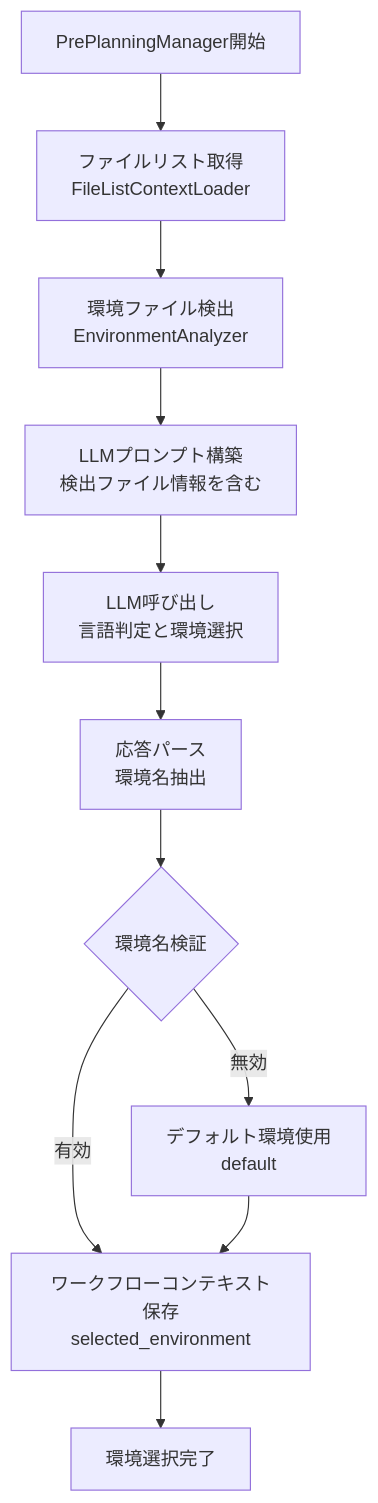
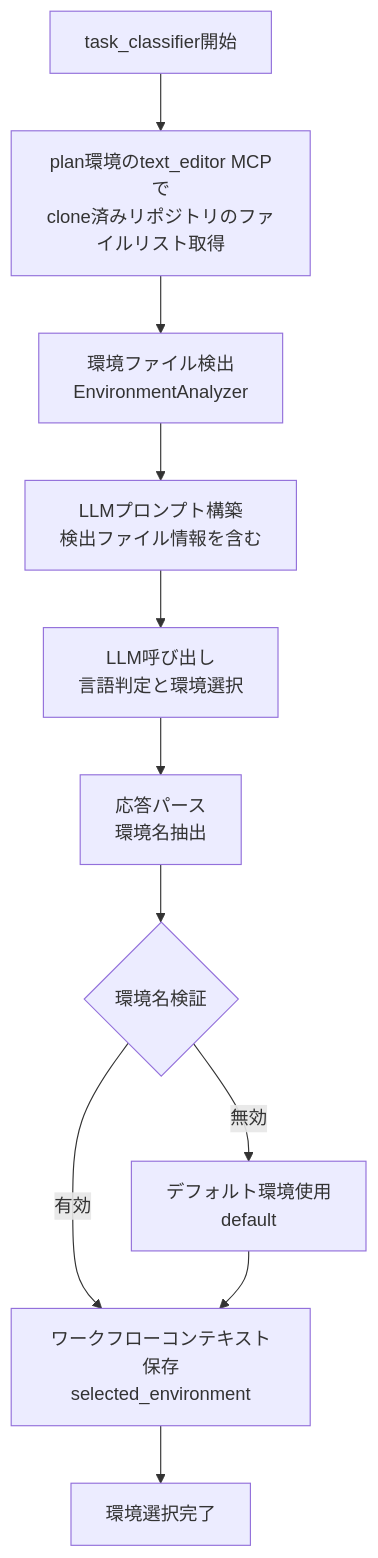
Before and after one commit to notfolder/AutomataCodex: the second of 7 diagrams in docs/STANDARD_MR_PROCESSING_FLOW.md, drawn with Mermaid. The commit also changed other lines of this file and 6 other files, not shown here.

First line of the commit message:
Refactor MR processing flow and environment setup

````diff
--- a/docs/STANDARD_MR_PROCESSING_FLOW.md
+++ b/docs/STANDARD_MR_PROCESSING_FLOW.md
@@ -203,13 +198,13 @@
 ```mermaid
 flowchart TD
-    Start[PrePlanningManager開始] --> FileList[ファイルリスト取得<br/>FileListContextLoader]
+    Start[task_classifier開始] --> FileList[plan環境のtext_editor MCPで<br/>clone済みリポジトリのファイルリスト取得]
     FileList --> Detect[環境ファイル検出<br/>EnvironmentAnalyzer]
     Detect --> Prompt[LLMプロンプト構築<br/>検出ファイル情報を含む]
     Prompt --> LLM[LLM呼び出し<br/>言語判定と環境選択]
     LLM --> Parse[応答パース<br/>環境名抽出]
     Parse --> Validate{環境名検証}
     Validate -->|有効| Save[ワークフローコンテキスト保存<br/>selected_environment]
     Validate -->|無効| Default[デフォルト環境使用<br/>default]
     Default --> Save
     Save --> End[環境選択完了]
 ```
````
